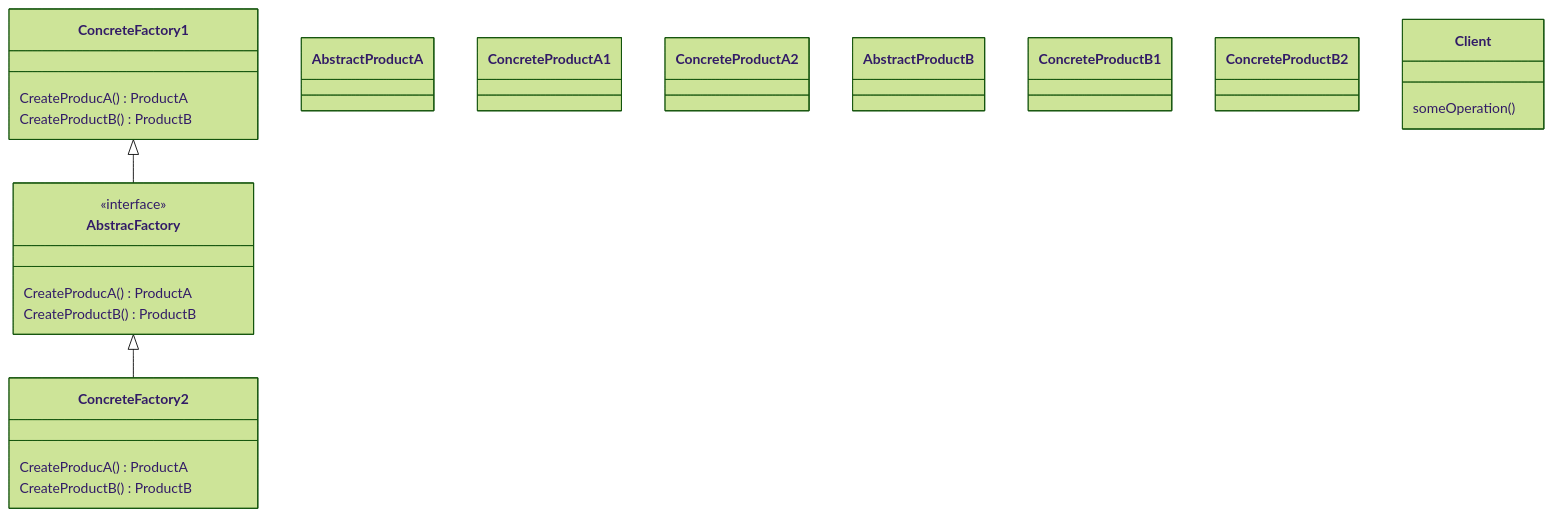
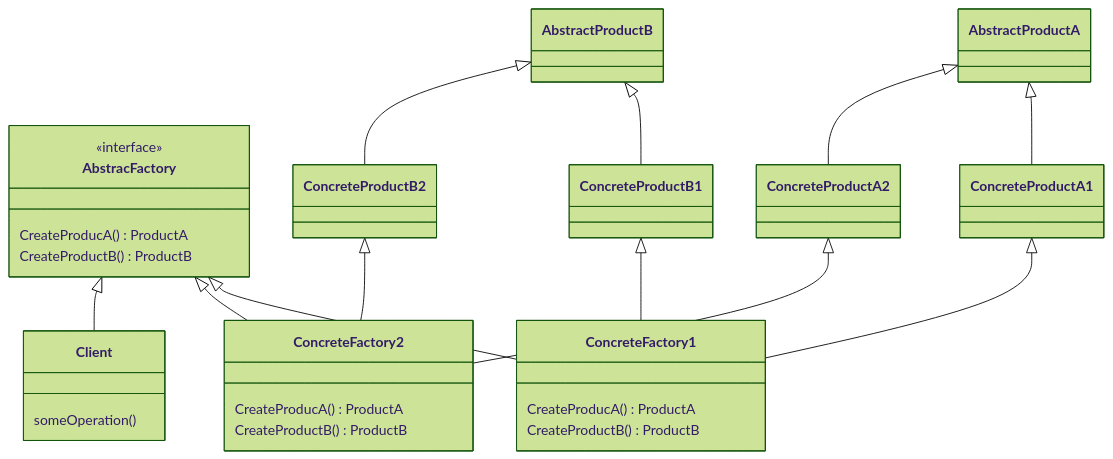
One commit to tungphan94/DesignPattern changed the diagram in CreationalPatterns/AbstractFactory/README.md. Above: the diagram before and after it, drawn with Mermaid (forest theme).

````diff
--- a/CreationalPatterns/AbstractFactory/README.md
+++ b/CreationalPatterns/AbstractFactory/README.md
@@ -5,29 +5,38 @@
 ```mermaid
 classDiagram
 class ConcreteFactory1
 ConcreteFactory1: CreateProducA() ProductA
 ConcreteFactory1: CreateProductB() ProductB
 
 class AbstracFactory
 <<interface>> AbstracFactory
 AbstracFactory: CreateProducA() ProductA
 AbstracFactory: CreateProductB() ProductB
 
 class ConcreteFactory2
 ConcreteFactory2: CreateProducA() ProductA
 ConcreteFactory2: CreateProductB() ProductB
 
 class AbstractProductA
 class ConcreteProductA1
 class ConcreteProductA2
 
 class AbstractProductB
 class ConcreteProductB1
 class ConcreteProductB2
 
 class Client
 Client: someOperation()
 
-ConcreteFactory1  <|-- AbstracFactory
+AbstracFactory  <|-- ConcreteFactory1
 AbstracFactory  <|-- ConcreteFactory2
+ConcreteProductA1  <|-- ConcreteFactory1
+ConcreteProductB1  <|-- ConcreteFactory1
+ConcreteProductA2  <|-- ConcreteFactory2
+ConcreteProductB2  <|-- ConcreteFactory2
+AbstractProductA <|-- ConcreteProductA1
+AbstractProductA <|-- ConcreteProductA2
+AbstractProductB <|-- ConcreteProductB1
+AbstractProductB <|-- ConcreteProductB2
+AbstracFactory <|-- Client
 ```
````
